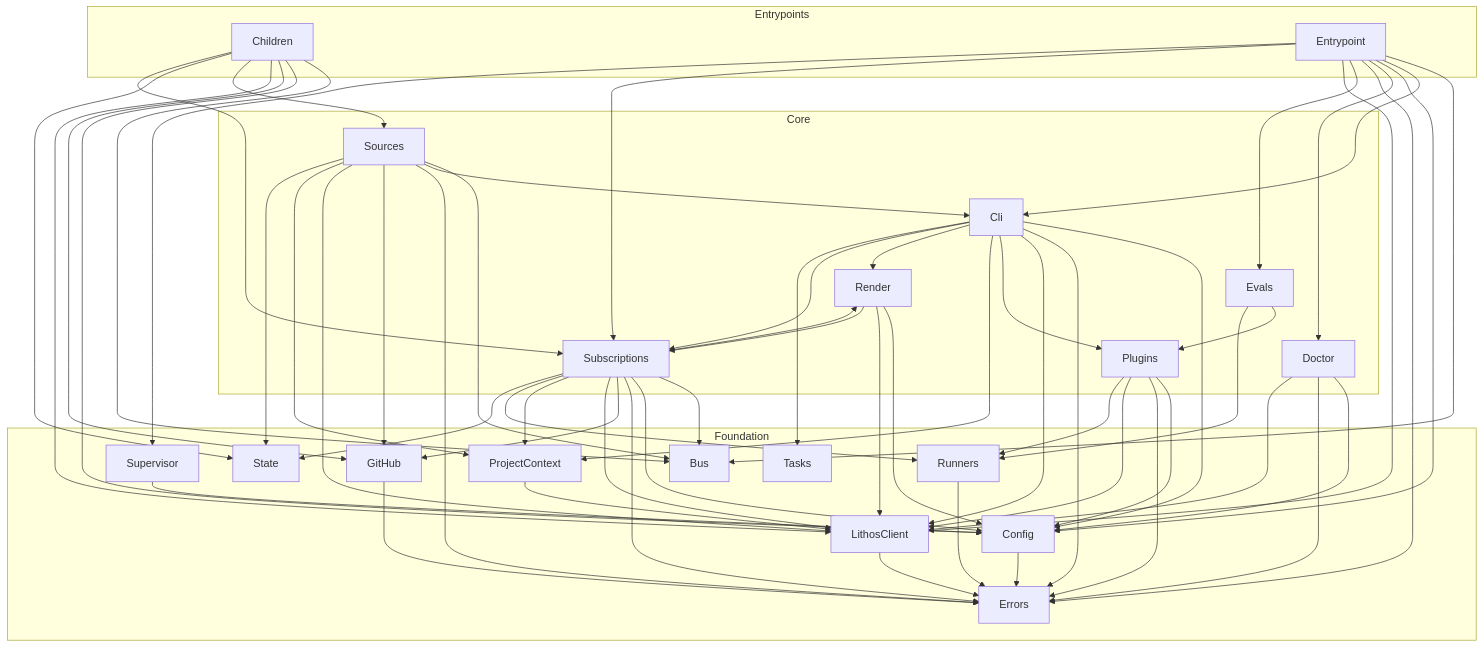
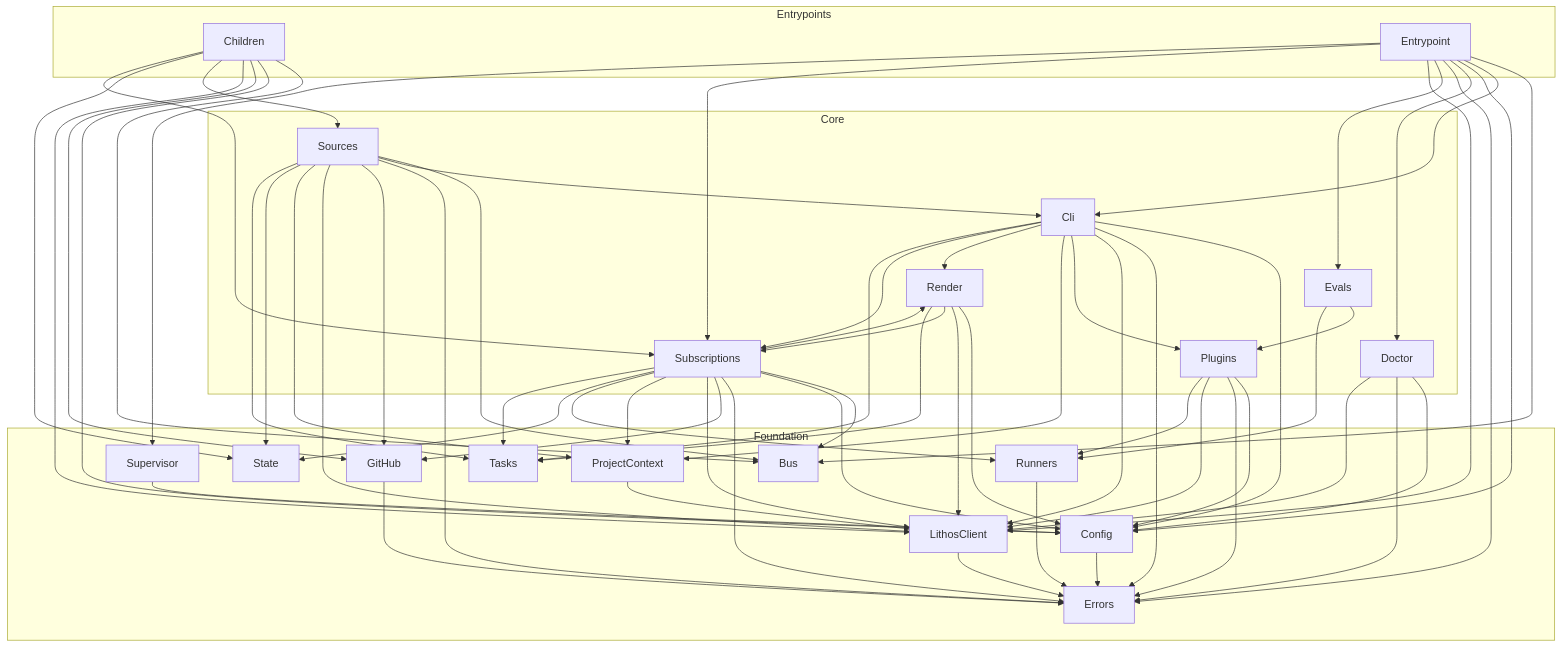
Before and after one commit to agent-lore/lithos-loom: the diagram in docs/generated/architecture.md, drawn with Mermaid. The commit also changed 14 other files, not shown here.

````diff
--- a/docs/generated/architecture.md
+++ b/docs/generated/architecture.md
@@ -70,6 +70,7 @@
   Render --> Config
   Render --> LithosClient
   Render --> Subscriptions
+  Render --> Tasks
   Runners --> Errors
   Sources --> Bus
   Sources --> Cli
@@ -78,6 +79,7 @@
   Sources --> LithosClient
   Sources --> ProjectContext
   Sources --> State
+  Sources --> Tasks
   Subscriptions --> Bus
   Subscriptions --> Config
   Subscriptions --> Errors
@@ -87,5 +89,6 @@
   Subscriptions --> Render
   Subscriptions --> Runners
   Subscriptions --> State
+  Subscriptions --> Tasks
   Supervisor --> Config
 ```
````
